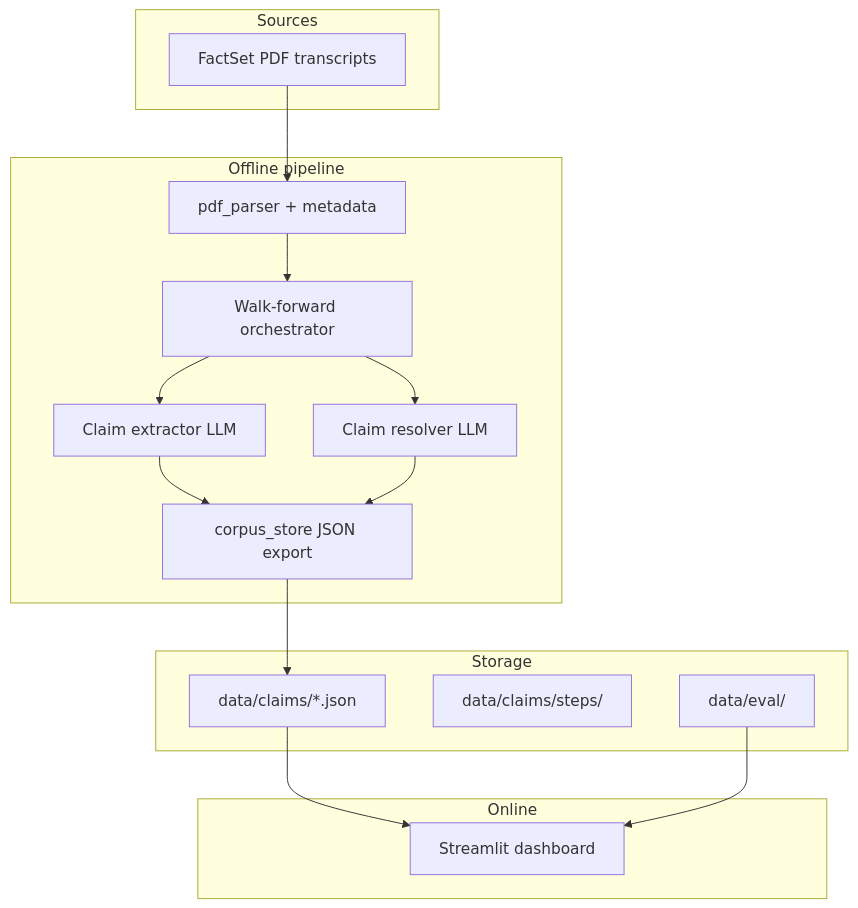
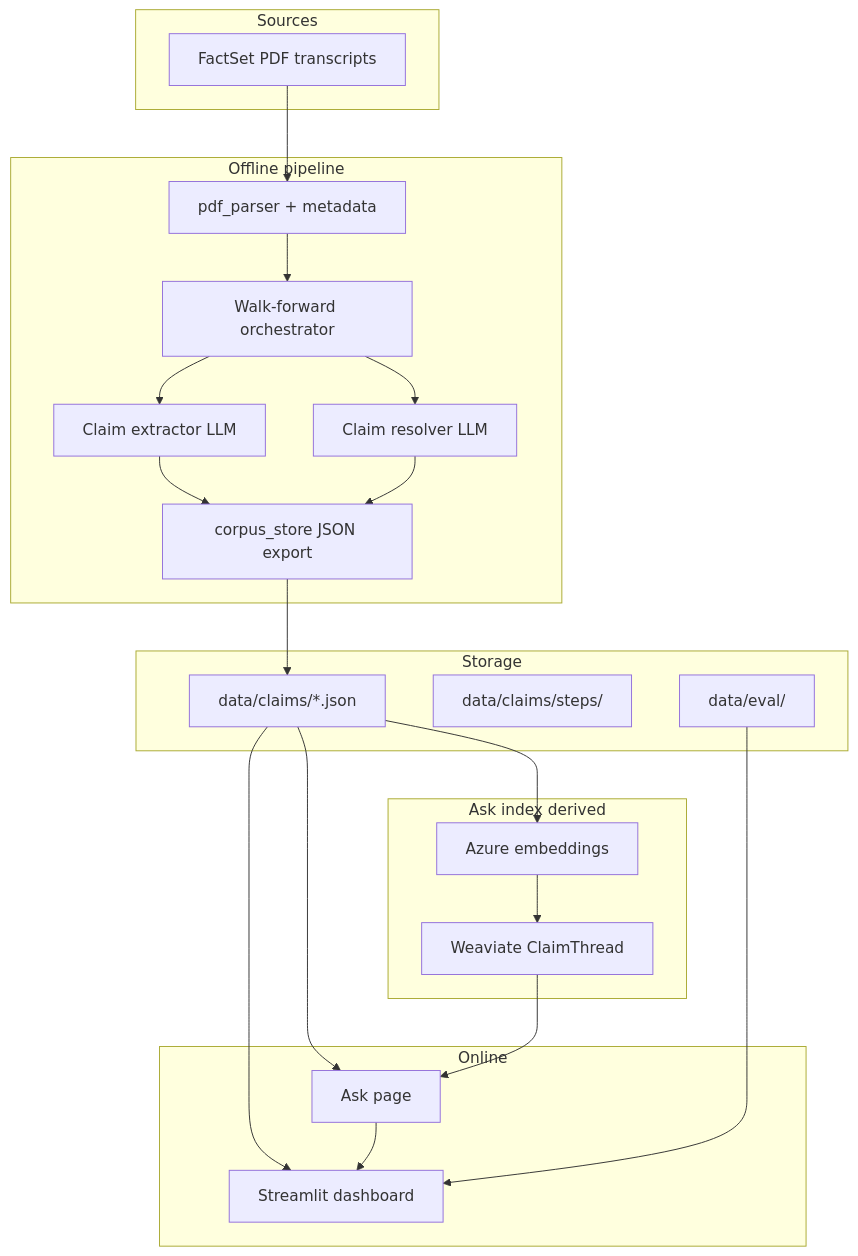
One commit to vivek-git-ai/claimwatch changed the first of 2 diagrams in docs/architecture.md. Above: the diagram before and after it, drawn with Mermaid. The commit also changed other lines of this file and 16 other files, not shown here.

````diff
--- a/docs/architecture.md
+++ b/docs/architecture.md
@@ -12,34 +13,45 @@
 ```mermaid
 flowchart TB
   subgraph sources [Sources]
     PDF[FactSet PDF transcripts]
   end
 
   subgraph offline [Offline pipeline]
     Parse[pdf_parser + metadata]
     Orch[Walk-forward orchestrator]
     Ext[Claim extractor LLM]
     Res[Claim resolver LLM]
     Store[corpus_store JSON export]
     Parse --> Orch
     Orch --> Ext
     Orch --> Res
     Ext --> Store
     Res --> Store
   end
 
   subgraph storage [Storage]
     JSON[data/claims/*.json]
     Steps[data/claims/steps/]
     Eval[data/eval/]
   end
 
+  subgraph askIndex [Ask index derived]
+    Embed[Azure embeddings]
+    WV[Weaviate ClaimThread]
+    Embed --> WV
+  end
+
   subgraph online [Online]
     Dash[Streamlit dashboard]
+    Ask[Ask page]
     JSON --> Dash
+    JSON --> Ask
     Eval --> Dash
+    WV --> Ask
+    Ask --> Dash
   end
 
   PDF --> Parse
   Store --> JSON
+  JSON --> Embed
 ```
````
